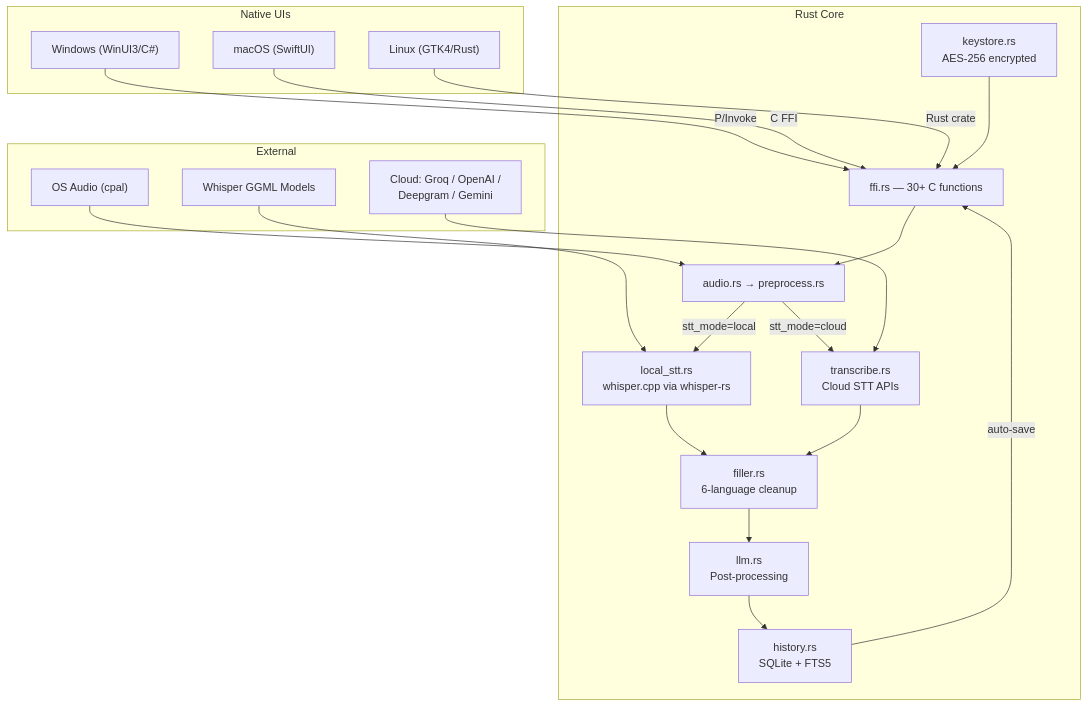
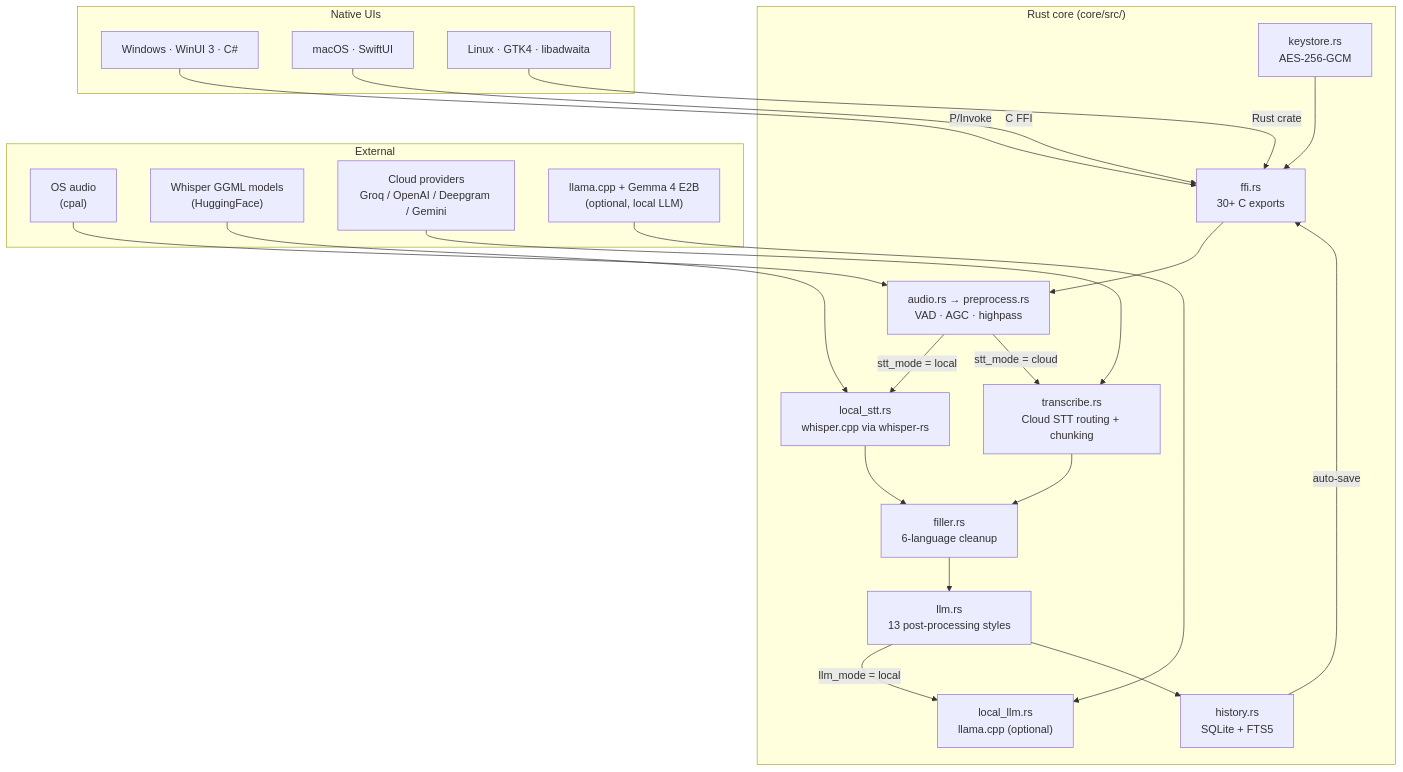
One commit to KonradDallaOrg/dimmy changed the diagram in README.md. Above: the diagram before and after it, drawn with Mermaid. The commit also changed other lines of this file and 13 other files, not shown here.

````diff
--- a/README.md
+++ b/README.md
@@ -182,43 +154,47 @@
 ```mermaid
 graph TD
-    subgraph Native UIs
-        WIN["Windows (WinUI3/C#)"]
-        MAC["macOS (SwiftUI)"]
-        LIN["Linux (GTK4/Rust)"]
+    subgraph "Native UIs"
+        WIN["Windows · WinUI 3 · C#"]
+        MAC["macOS · SwiftUI"]
+        LIN["Linux · GTK4 · libadwaita"]
     end
 
-    subgraph Rust Core
-        FFI["ffi.rs — 30+ C functions"]
-        AUDIO["audio.rs → preprocess.rs"]
+    subgraph "Rust core (core/src/)"
+        FFI["ffi.rs<br/>30+ C exports"]
+        AUDIO["audio.rs &rarr; preprocess.rs<br/>VAD &middot; AGC &middot; highpass"]
         LOCAL["local_stt.rs<br/>whisper.cpp via whisper-rs"]
-        CLOUD["transcribe.rs<br/>Cloud STT APIs"]
+        CLOUD["transcribe.rs<br/>Cloud STT routing + chunking"]
         FILLER["filler.rs<br/>6-language cleanup"]
-        LLM["llm.rs<br/>Post-processing"]
+        LLM["llm.rs<br/>13 post-processing styles"]
+        LOCALLM["local_llm.rs<br/>llama.cpp (optional)"]
         HIST["history.rs<br/>SQLite + FTS5"]
-        KEY["keystore.rs<br/>AES-256 encrypted"]
+        KEY["keystore.rs<br/>AES-256-GCM"]
     end
 
-    subgraph External
-        MIC["OS Audio (cpal)"]
-        WHISPER["Whisper GGML Models"]
-        PROVIDERS["Cloud: Groq / OpenAI /<br/>Deepgram / Gemini"]
+    subgraph "External"
+        MIC["OS audio<br/>(cpal)"]
+        WHISPER["Whisper GGML models<br/>(HuggingFace)"]
+        PROVIDERS["Cloud providers<br/>Groq / OpenAI / Deepgram / Gemini"]
+        LLAMA["llama.cpp + Gemma 4 E2B<br/>(optional, local LLM)"]
     end
 
     WIN -->|P/Invoke| FFI
     MAC -->|C FFI| FFI
     LIN -->|Rust crate| FFI
 
     FFI --> AUDIO
-    AUDIO -->|"stt_mode=local"| LOCAL
-    AUDIO -->|"stt_mode=cloud"| CLOUD
+    AUDIO -->|"stt_mode = local"| LOCAL
+    AUDIO -->|"stt_mode = cloud"| CLOUD
     LOCAL --> FILLER
     CLOUD --> FILLER
     FILLER --> LLM
+    LLM -->|"llm_mode = local"| LOCALLM
     LLM --> HIST
     HIST -->|auto-save| FFI
 
     MIC --> AUDIO
     WHISPER --> LOCAL
     PROVIDERS --> CLOUD
+    LLAMA --> LOCALLM
     KEY --> FFI
 ```
````
